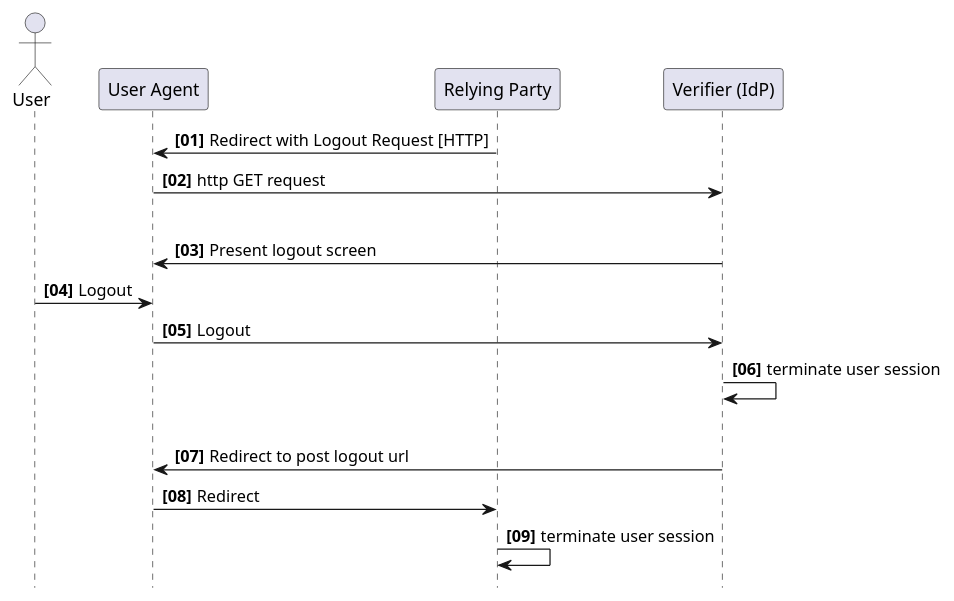
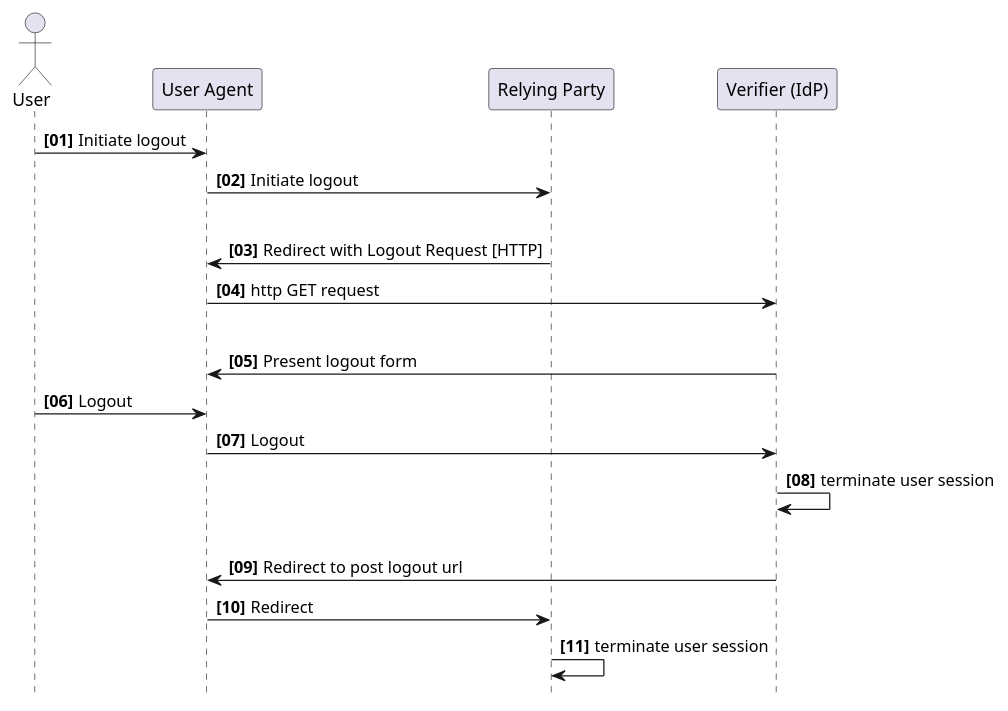
Before and after one commit to ehealthsuisse/ch-epr-fhir: the diagram in input/images-source/OpenID-Logout.plantuml, drawn with PlantUML.

Commit message:
Update logout sequence

```diff
--- a/input/images-source/OpenID-Logout.plantuml
+++ b/input/images-source/OpenID-Logout.plantuml
@@ -1,31 +1,36 @@
 @startuml
 skinparam responseMessageBelowArrow true
 hide footbox
 
 actor User 
 participant "User Agent" as UI
 participant "Relying Party" as RP
 participant "Verifier (IdP)" as IdP
 
 autonumber 1 1 "<b>[00]"
 
+User -> UI: Initiate logout
+UI -> RP: Initiate logout
+
+|||
+
 RP -> UI: Redirect with Logout Request [HTTP]
 UI -> IdP: http GET request 
 
 |||
 
-IdP -> UI: Present logout screen
+IdP -> UI: Present logout form
 User -> UI: Logout
 UI -> IdP: Logout
 IdP -> IdP: terminate user session
 
 |||
 
 IdP -> UI: Redirect to post logout url
 UI -> RP: Redirect
 
 RP -> RP: terminate user session
 
 autonumber stop
 
 @enduml
```
